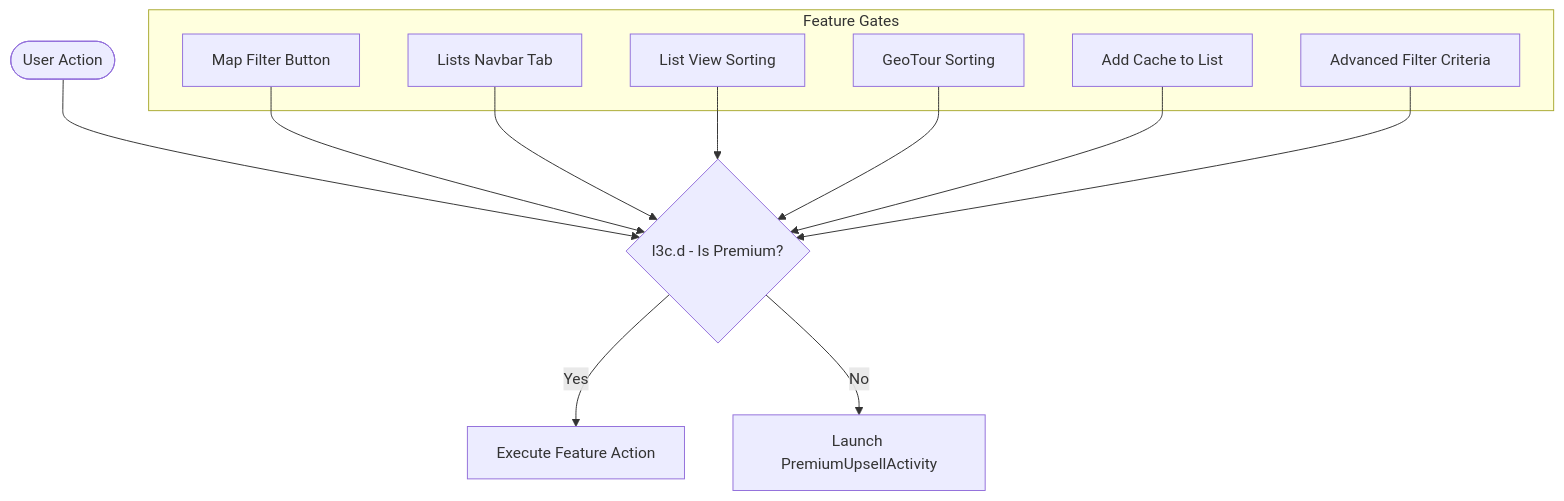
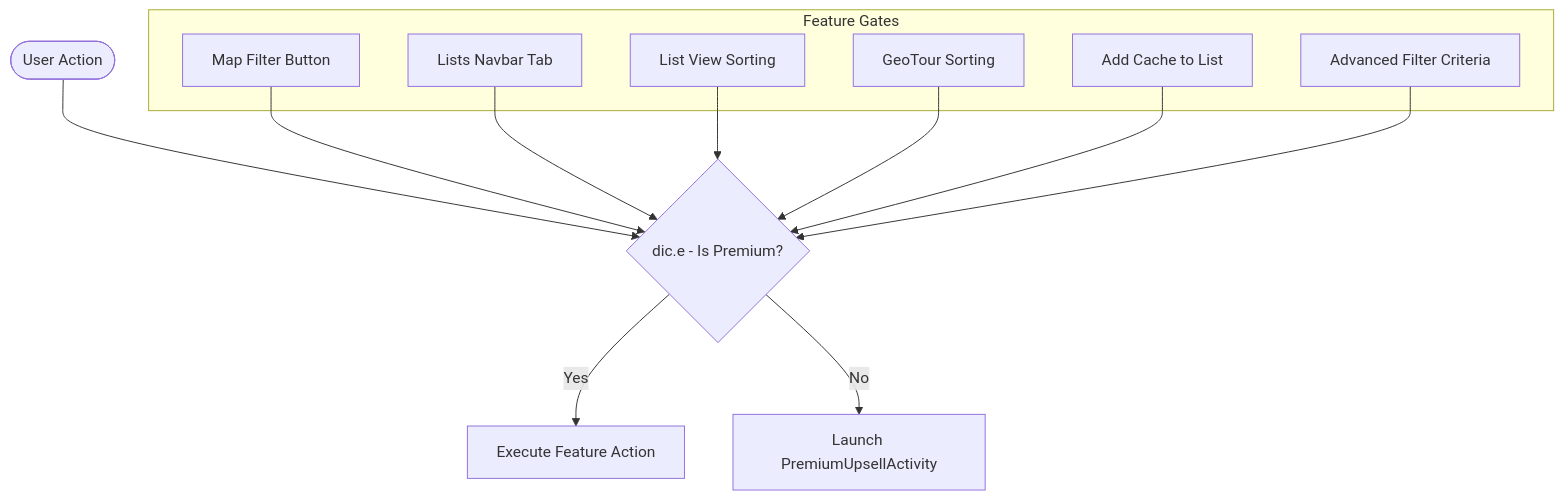
Before and after one commit to ihatenodejs/aidans-patches: the diagram in docs/geocaching/architecture.md, drawn with Mermaid. The commit also changed other lines of this file and 16 other files, not shown here.

````diff
--- a/docs/geocaching/architecture.md
+++ b/docs/geocaching/architecture.md
@@ -41,22 +41,22 @@
 ```mermaid
 flowchart TD
-    UserAction([User Action]) --> Check{l3c.d - Is Premium?}
+    UserAction([User Action]) --> Check{dic.e - Is Premium?}
     Check -- Yes --> OpenFeature[Execute Feature Action]
     Check -- No --> Upsell[Launch PremiumUpsellActivity]
 
     subgraph Feature Gates
         FG1[Map Filter Button]
         FG2[Lists Navbar Tab]
         FG3[List View Sorting]
         FG4[GeoTour Sorting]
         FG5[Add Cache to List]
         FG6[Advanced Filter Criteria]
     end
 
     FG1 --> Check
     FG2 --> Check
     FG3 --> Check
     FG4 --> Check
     FG5 --> Check
     FG6 --> Check
 ```
````
